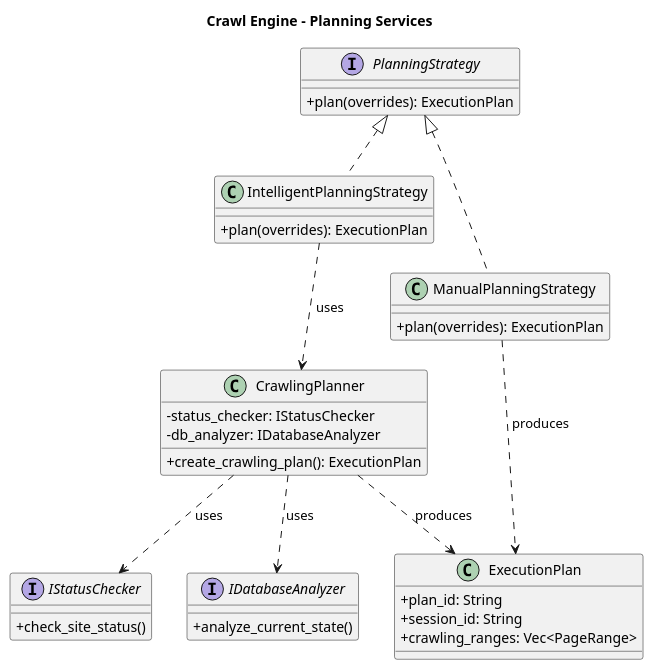
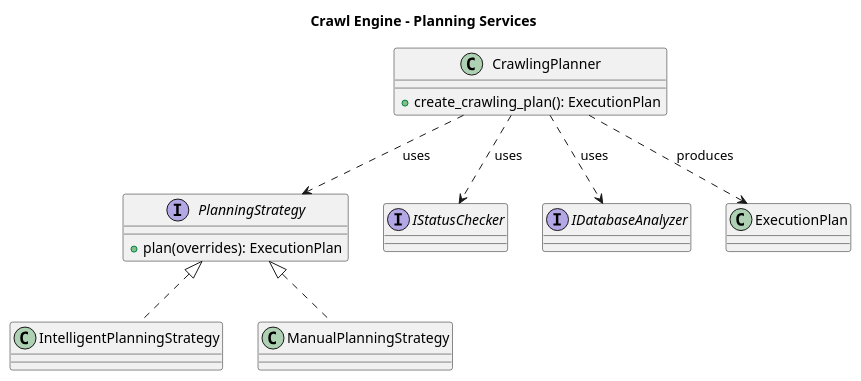
The fifth of 13 diagrams in docs/architecture.md (Chanseok/rMatterCertis), drawn with PlantUML before and after one commit. The commit also changed other lines of this file and 23 other files, not shown here.

First line of the commit message:
Retire legacy BatchActor path; unify crawling execution under StageActor

````diff
--- a/docs/architecture.md
+++ b/docs/architecture.md
@@ -157,47 +185,25 @@
 ```plantuml
 @startuml CrawlEngineServiceDiagram
-
 title Crawl Engine - Planning Services
 
-skinparam classAttributeIconSize 0
+interface PlanningStrategy {
+  + plan(overrides): ExecutionPlan
+}
+class IntelligentPlanningStrategy implements PlanningStrategy
+class ManualPlanningStrategy implements PlanningStrategy
 
-interface PlanningStrategy {
-    + plan(overrides): ExecutionPlan
+class CrawlingPlanner {
+  + create_crawling_plan(): ExecutionPlan
 }
 
-class IntelligentPlanningStrategy implements PlanningStrategy {
-    + plan(overrides): ExecutionPlan
-}
+interface IStatusChecker
+interface IDatabaseAnalyzer
+class ExecutionPlan
 
-class ManualPlanningStrategy implements PlanningStrategy {
-    + plan(overrides): ExecutionPlan
-}
-
-class CrawlingPlanner {
-    - status_checker: IStatusChecker
-    - db_analyzer: IDatabaseAnalyzer
-    + create_crawling_plan(): ExecutionPlan
-}
-
-interface IStatusChecker {
-    + check_site_status()
-}
-
-interface IDatabaseAnalyzer {
-    + analyze_current_state()
-}
-
-class ExecutionPlan {
-    + plan_id: String
-    + session_id: String
-    + crawling_ranges: Vec<PageRange>
-}
-
-IntelligentPlanningStrategy ..> CrawlingPlanner : uses
+CrawlingPlanner ..> PlanningStrategy : uses
 CrawlingPlanner ..> IStatusChecker : uses
 CrawlingPlanner ..> IDatabaseAnalyzer : uses
 CrawlingPlanner ..> ExecutionPlan : produces
-ManualPlanningStrategy ..> ExecutionPlan : produces
 
 @enduml
 ```
````
